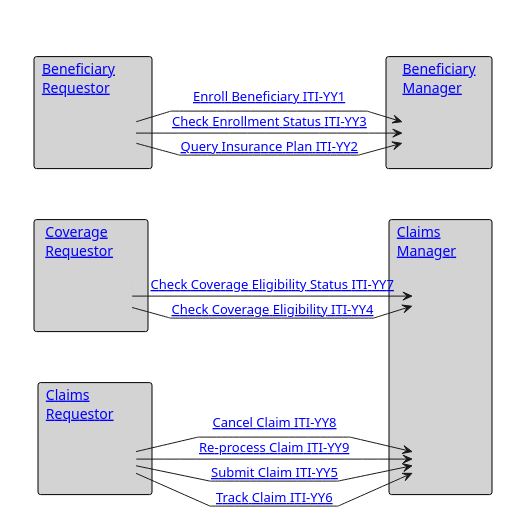
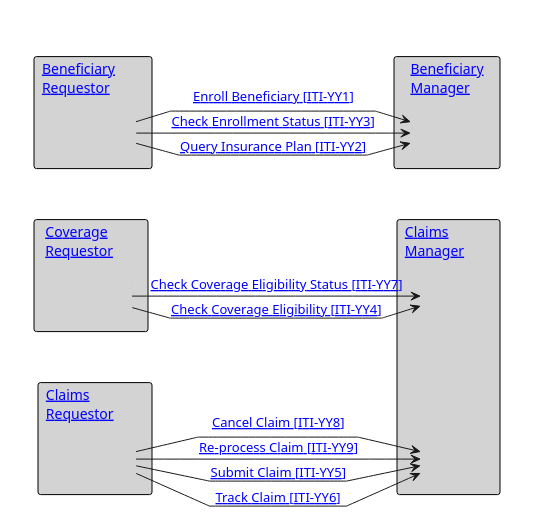
Before and after one commit to IHE/ITI.Finance: the diagram in input/images-source/ActorsAndTransactions.plantuml, drawn with PlantUML. The commit also changed 7 other files, not shown here.

Commit message:
Fixed typo in transaction numbers in tables and diagrams.  Fixes #10.

```diff
--- a/input/images-source/ActorsAndTransactions.plantuml
+++ b/input/images-source/ActorsAndTransactions.plantuml
@@ -1,59 +1,59 @@
 @startuml
 skinparam package {
   BorderColor transparent
   BackgroundColor transparent
   Shadowing false
 }
 skinparam rectangle {
   BorderColor black
   BackgroundColor lightgrey
   Shadowing false
   FontStyle normal
 }
 skinparam agent {
   BorderColor lightgrey
   BackgroundColor lightgrey
   FontColor lightgrey
   Shadowing false
 }
 
 hide footbox
 'skinparam svgDimensionStyle false
 skinparam linetype polyline
 package "  "  {
   rectangle "[[#beneficiary-requestor Beneficiary        \nRequestor]]" as br {
     agent "Benefits" as BenReq
   }
   rectangle "[[#coverage-requestor Coverage        \nRequestor]]" as cr {
     agent "Coverage" as CovReq
   }
   rectangle "[[#claims-requestor Claims               \nRequestor]]" as cl {
     agent "Claims" as ClaimReq
   }
 }
 
 package " "  {
   rectangle "[[#beneficiary-manager Beneficiary\nManager]]" as Ben {
     agent "Benefits" as BenMan
   }
   rectangle "[[#claims-manager Claims            \nManager]]" as ClaimMan {
     agent "Claims" as ClaimMan1
     agent "Claims" as ClaimMan2
   }
 }
-BenReq -> BenMan : "[[ITI-YY2.html Query Insurance Plan ITI-YY2]]"
-BenReq -> BenMan : "[[ITI-YY1.html Enroll Beneficiary ITI-YY1]]"
-BenReq -> BenMan : "[[ITI-YY3.html Check Enrollment Status ITI-YY3]]"
+BenReq -> BenMan : "[[ITI-YY2.html Query Insurance Plan &#91;ITI-YY2&#93;]]"
+BenReq -> BenMan : "[[ITI-YY1.html Enroll Beneficiary &#91;ITI-YY1&#93;]]"
+BenReq -> BenMan : "[[ITI-YY3.html Check Enrollment Status &#91;ITI-YY3&#93;]]"
 BenReq -[hidden]-> CovReq: ""
 CovReq -[hidden]-> ClaimReq: ""
 BenMan -[hidden]-> ClaimMan1: ""
 ClaimMan1 -[hidden]-> ClaimMan2: ""
-CovReq -> ClaimMan1 : "[[ITI-YY4.html Check Coverage Eligibility ITI-YY4]]"
-CovReq -> ClaimMan1 : "[[ITI-YY7.html Check Coverage Eligibility Status ITI-YY7]]"
-ClaimReq -> ClaimMan2 : "[[ITI-YY5.html Submit Claim ITI-YY5]]"
-ClaimReq -> ClaimMan2 : "[[ITI-YY8.html Cancel Claim ITI-YY8]]"
-ClaimReq -> ClaimMan2 : "[[ITI-YY9.html Re-process Claim ITI-YY9]]"
-ClaimReq -> ClaimMan2 : "[[ITI-YY6.html Track Claim ITI-YY6]]"
+CovReq -> ClaimMan1 : "[[ITI-YY4.html Check Coverage Eligibility &#91;ITI-YY4&#93;]]"
+CovReq -> ClaimMan1 : "[[ITI-YY7.html Check Coverage Eligibility Status &#91;ITI-YY7&#93;]]"
+ClaimReq -> ClaimMan2 : "[[ITI-YY5.html Submit Claim &#91;ITI-YY5&#93;]]"
+ClaimReq -> ClaimMan2 : "[[ITI-YY8.html Cancel Claim &#91;ITI-YY8&#93;]]"
+ClaimReq -> ClaimMan2 : "[[ITI-YY9.html Re-process Claim &#91;ITI-YY9&#93;]]"
+ClaimReq -> ClaimMan2 : "[[ITI-YY6.html Track Claim &#91;ITI-YY6&#93;]]"
 
 
 @endum
```
